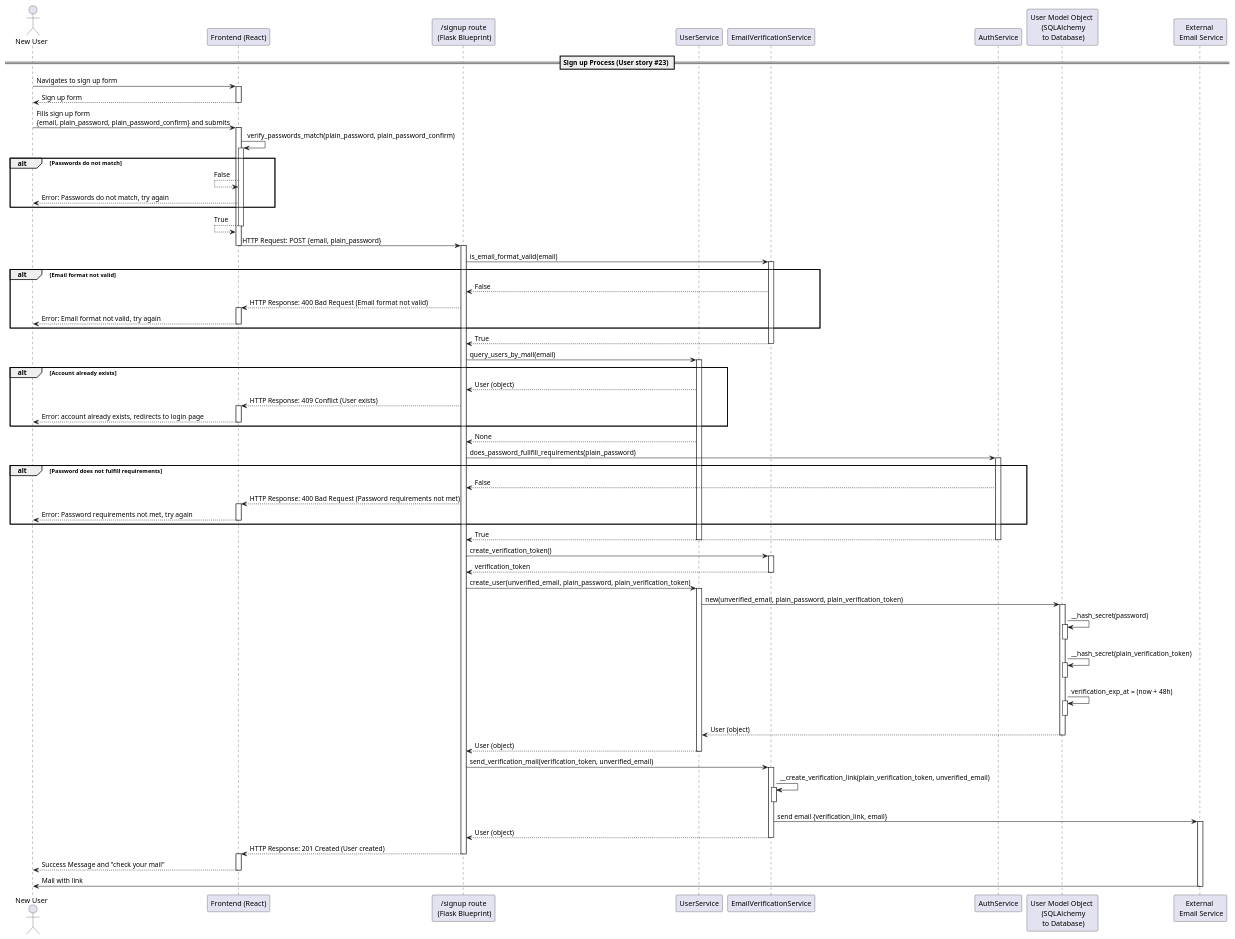
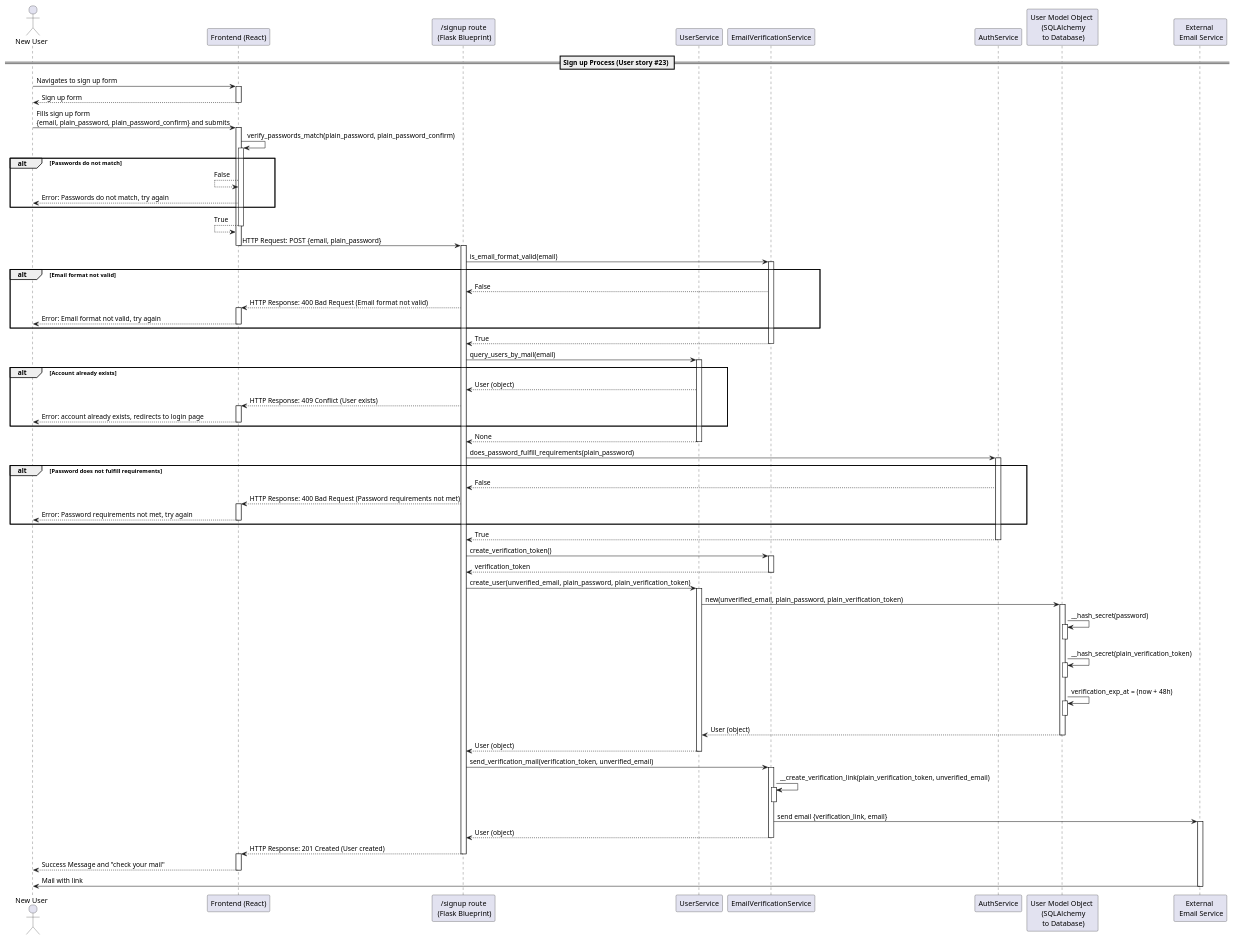
Before and after one commit to dominikoetiker/TheMentalLoadHub: the diagram in docs/src/diagrams/uml/sequence/account_management/sign_up.puml, drawn with PlantUML. The commit also changed 8 other files, not shown here.

```diff
--- a/docs/src/diagrams/uml/sequence/account_management/sign_up.puml
+++ b/docs/src/diagrams/uml/sequence/account_management/sign_up.puml
@@ -1,100 +1,100 @@
 @startuml SignUpSequence
 actor "New User" as AppUser
 participant "Frontend (React)" as FE
 participant "/signup route\n (Flask Blueprint)" as SR
 participant "UserService" as US
 participant "EmailVerificationService" as ES
 participant "AuthService" as AS
 participant "User Model Object \n (SQLAlchemy\n to Database)" as UM
 participant "External \n Email Service" as Mail
 
 == Sign up Process (User story #23) ==
 AppUser -> FE : Navigates to sign up form
 activate FE
 AppUser <-- FE : Sign up form
 deactivate FE
 AppUser -> FE : Fills sign up form\n{email, plain_password, plain_password_confirm} and submits
 activate FE
 FE -> FE : verify_passwords_match(plain_password, plain_password_confirm)
 activate FE
 alt Passwords do not match
     FE <-- FE : False
     AppUser <-- FE : Error: Passwords do not match, try again
 end
 FE <-- FE : True
 deactivate FE
 FE -> SR : HTTP Request: POST {email, plain_password}
 deactivate FE
 activate SR
 SR -> ES : is_email_format_valid(email)
 activate ES
 alt Email format not valid
     SR <-- ES : False
     FE <-- SR : HTTP Response: 400 Bad Request (Email format not valid)
     activate FE
     AppUser <-- FE : Error: Email format not valid, try again
     deactivate FE
 end
 SR <-- ES : True
 deactivate ES
 SR -> US : query_users_by_mail(email)
 activate US
 alt Account already exists
     SR <-- US : User (object)
     FE <-- SR : HTTP Response: 409 Conflict (User exists)
     activate FE
     AppUser <-- FE : Error: account already exists, redirects to login page
     deactivate FE
 end
 SR <-- US : None
-SR -> AS : does_password_fullfill_requirements(plain_password)
+deactivate US
+SR -> AS : does_password_fulfill_requirements(plain_password)
 activate AS
 alt Password does not fulfill requirements
     SR <-- AS : False
     FE <-- SR : HTTP Response: 400 Bad Request (Password requirements not met)
     activate FE
     AppUser <-- FE : Error: Password requirements not met, try again
     deactivate FE
 end
 SR <-- AS : True
 deactivate AS
-deactivate US
 SR -> ES : create_verification_token()
 activate ES
 SR <-- ES : verification_token
 deactivate ES
 SR -> US : create_user(unverified_email, plain_password, plain_verification_token)
 activate US
 US -> UM : new(unverified_email, plain_password, plain_verification_token)
 activate UM
 UM -> UM : __hash_secret(password)
 activate UM
 deactivate UM
 UM -> UM : __hash_secret(plain_verification_token)
 activate UM
 deactivate UM
 UM -> UM : verification_exp_at = (now + 48h)
 activate UM
 deactivate UM
 US <-- UM : User (object)
 deactivate UM
 SR <-- US : User (object)
 deactivate US
 SR -> ES : send_verification_mail(verification_token, unverified_email)
 activate ES
 ES -> ES : __create_verification_link(plain_verification_token, unverified_email)
 activate ES
 deactivate ES
 ES -> Mail : send email {verification_link, email}
 activate Mail
 SR <-- ES : User (object)
 deactivate ES
 deactivate ES
 FE <-- SR : HTTP Response: 201 Created (User created)
 deactivate SR
 activate FE
 AppUser <-- FE : Success Message and "check your mail"
 deactivate FE
 AppUser <- Mail : Mail with link
 deactivate Mail
 @enduml
```
